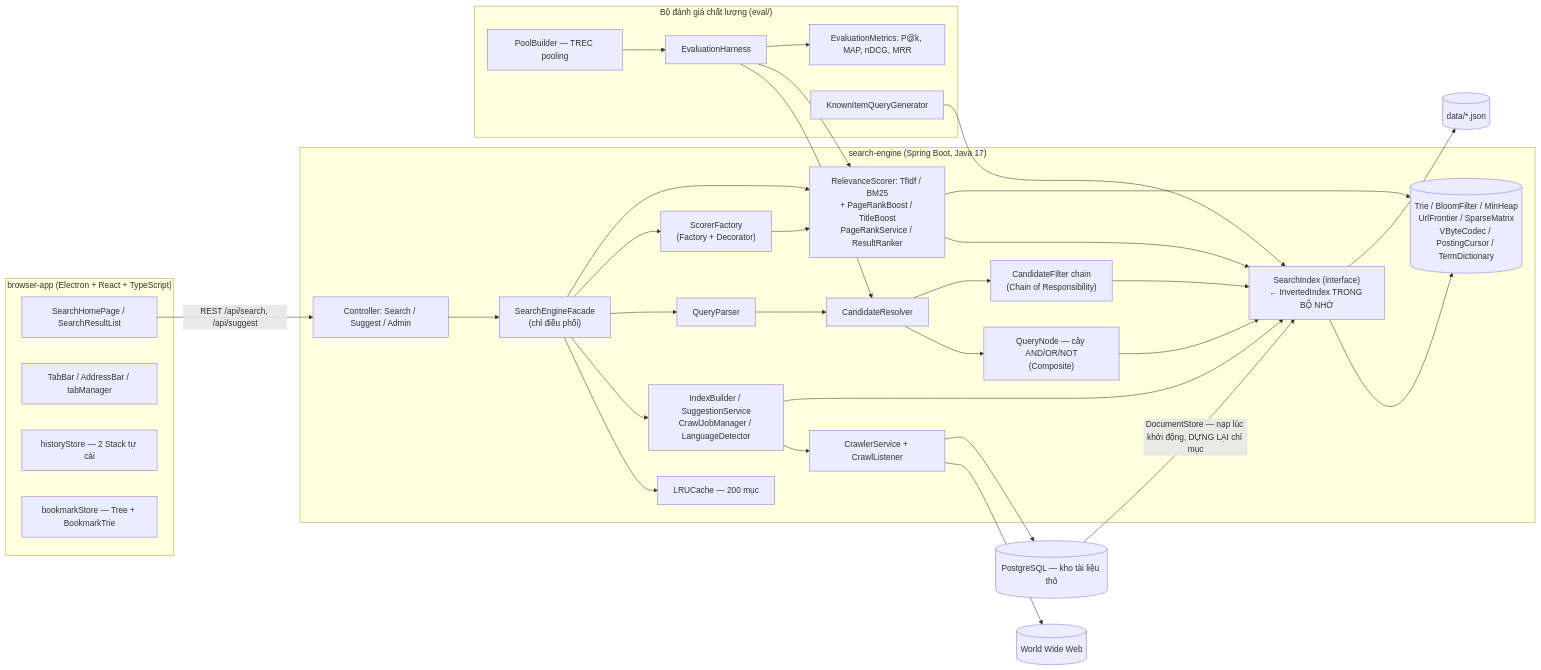
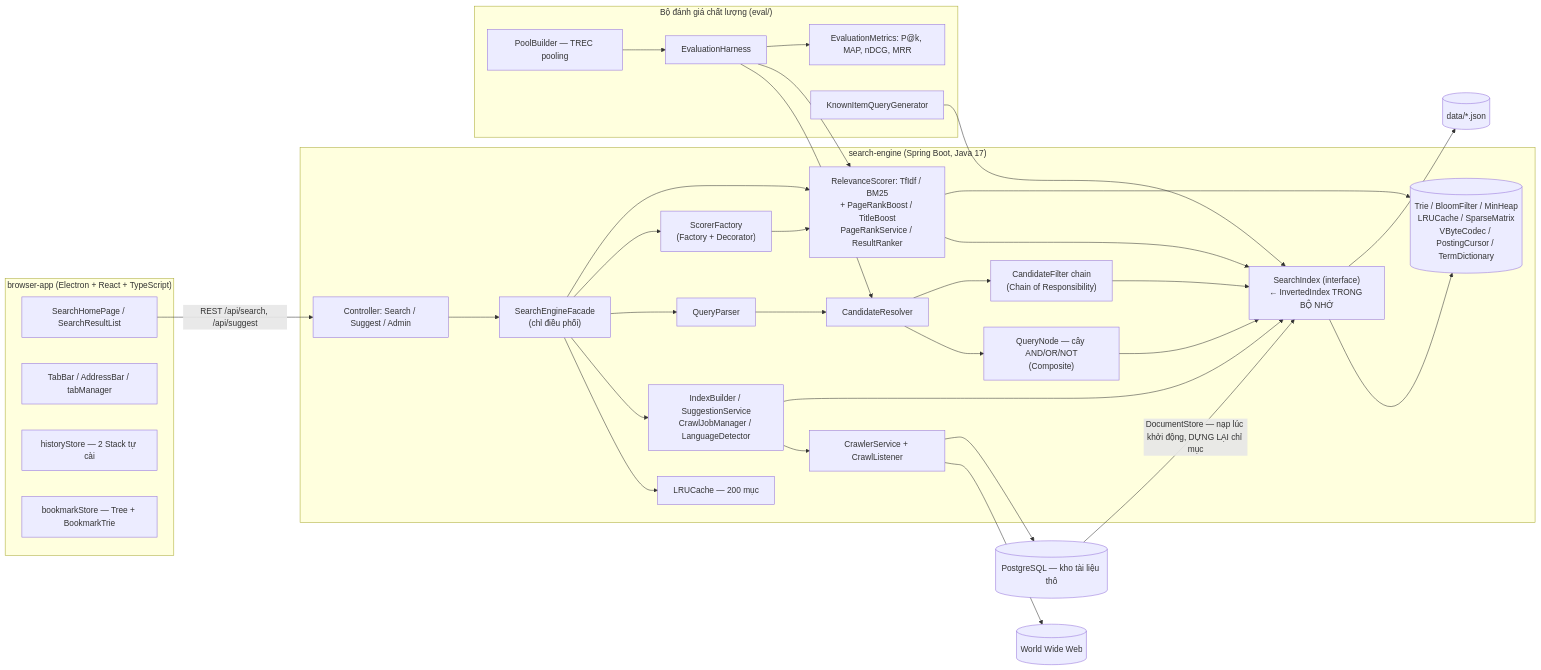
Before and after one commit to KietAnhCS/CocCoc-Plus: the first of 7 diagrams in docs/ARCHITECTURE.md, drawn with Mermaid. The commit also changed other lines of this file and 7 other files, not shown here.

````diff
--- a/docs/ARCHITECTURE.md
+++ b/docs/ARCHITECTURE.md
@@ -52,64 +52,64 @@
 ```mermaid
 flowchart LR
     subgraph Electron["browser-app (Electron + React + TypeScript)"]
         UI[SearchHomePage / SearchResultList]
         Tabs[TabBar / AddressBar / tabManager]
         Hist["historyStore — 2 Stack tự cài"]
         Bkm["bookmarkStore — Tree + BookmarkTrie"]
     end
 
     subgraph Backend["search-engine (Spring Boot, Java 17)"]
         Ctl["Controller: Search / Suggest / Admin"]
         Facade["SearchEngineFacade<br/>(chỉ điều phối)"]
         Svc["IndexBuilder / SuggestionService<br/>CrawlJobManager / LanguageDetector"]
         Cache["LRUCache — 200 mục"]
         Crawl["CrawlerService + CrawlListener"]
         QP[QueryParser]
         Ast["QueryNode — cây AND/OR/NOT<br/>(Composite)"]
         Filt["CandidateFilter chain<br/>(Chain of Responsibility)"]
         Resolve[CandidateResolver]
         Idx["SearchIndex (interface)<br/>← InvertedIndex TRONG BỘ NHỚ"]
         Fact["ScorerFactory<br/>(Factory + Decorator)"]
         Rank["RelevanceScorer: TfIdf / BM25<br/>+ PageRankBoost / TitleBoost<br/>PageRankService / ResultRanker"]
-        DS[("Trie / BloomFilter / MinHeap<br/>UrlFrontier / SparseMatrix<br/>VByteCodec / PostingCursor / TermDictionary")]
+        DS[("Trie / BloomFilter / MinHeap<br/>LRUCache / SparseMatrix<br/>VByteCodec / PostingCursor / TermDictionary")]
     end
 
     subgraph Eval["Bộ đánh giá chất lượng (eval/)"]
         Harness[EvaluationHarness]
         Metrics["EvaluationMetrics: P@k, MAP, nDCG, MRR"]
         Known[KnownItemQueryGenerator]
         Pool["PoolBuilder — TREC pooling"]
     end
 
     Web[(World Wide Web)]
     Data[("data/*.json")]
     PG[("PostgreSQL — kho tài liệu thô")]
 
     UI -->|"REST /api/search, /api/suggest"| Ctl
     Ctl --> Facade
     Facade --> Cache
     Facade --> Svc
     Facade --> QP
     QP --> Resolve
     Resolve --> Ast
     Resolve --> Filt
     Ast --> Idx
     Filt --> Idx
     Facade --> Fact
     Fact --> Rank
     Facade --> Rank
     Rank --> Idx
     Idx --> DS
     Rank --> DS
     Svc --> Crawl
     Crawl --> Web
     Svc --> Idx
     Idx --> Data
     Crawl --> PG
     PG -->|"DocumentStore — nạp lúc khởi động, DỰNG LẠI chỉ mục"| Idx
     Known --> Idx
     Harness --> Resolve
     Harness --> Rank
     Harness --> Metrics
     Pool --> Harness
 ```
````
